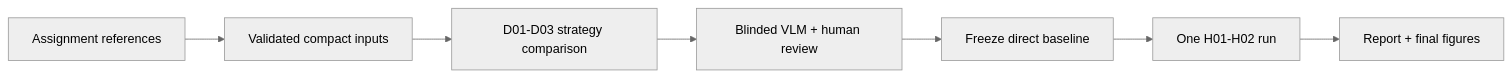
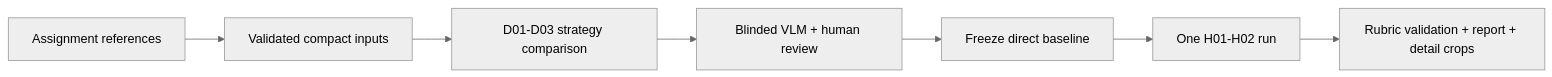
The diagram in README.md (komaksym/weon-assignment), drawn with Mermaid (neutral theme) before and after one commit. The commit also changed other lines of this file and 9 other files, not shown here.

````diff
--- a/README.md
+++ b/README.md
@@ -20,9 +20,9 @@
 ```mermaid
 flowchart LR
     A[Assignment references] --> B[Validated compact inputs]
     B --> C[D01-D03 strategy comparison]
     C --> D[Blinded VLM + human review]
     D --> E[Freeze direct baseline]
     E --> F[One H01-H02 run]
-    F --> G[Report + final figures]
+    F --> G[Rubric validation + report + detail crops]
 ```
````
